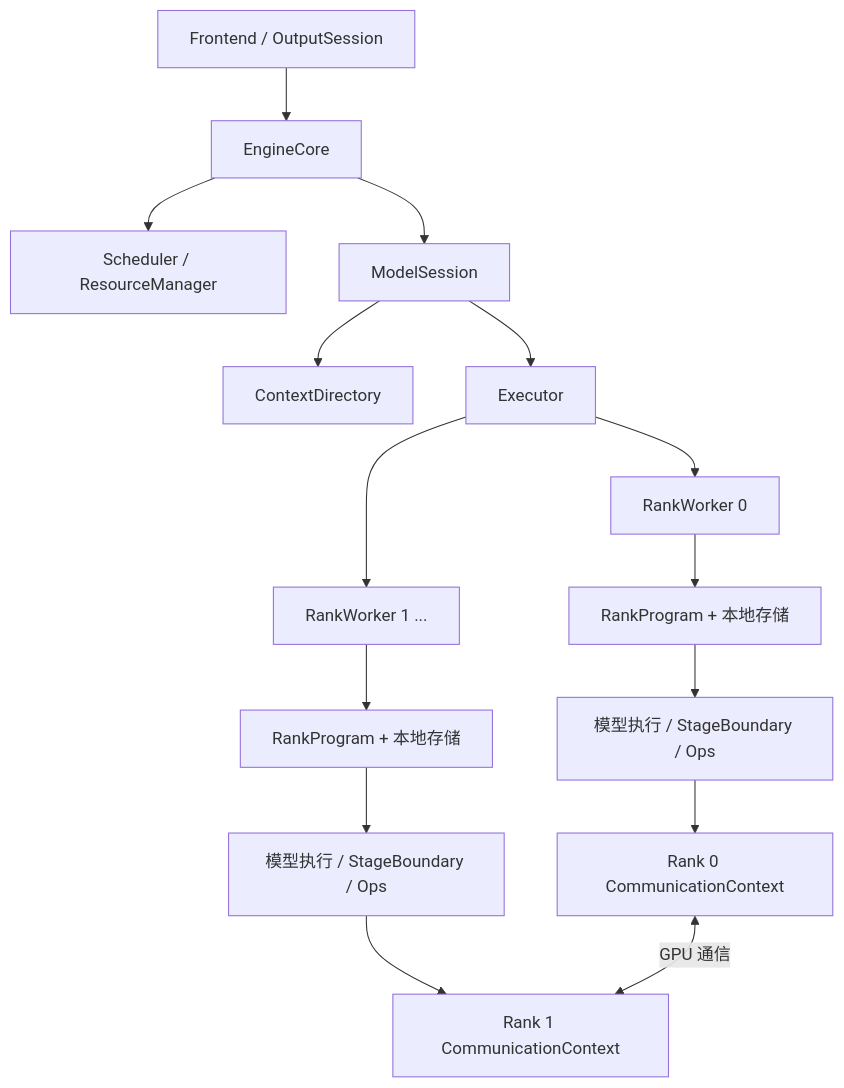
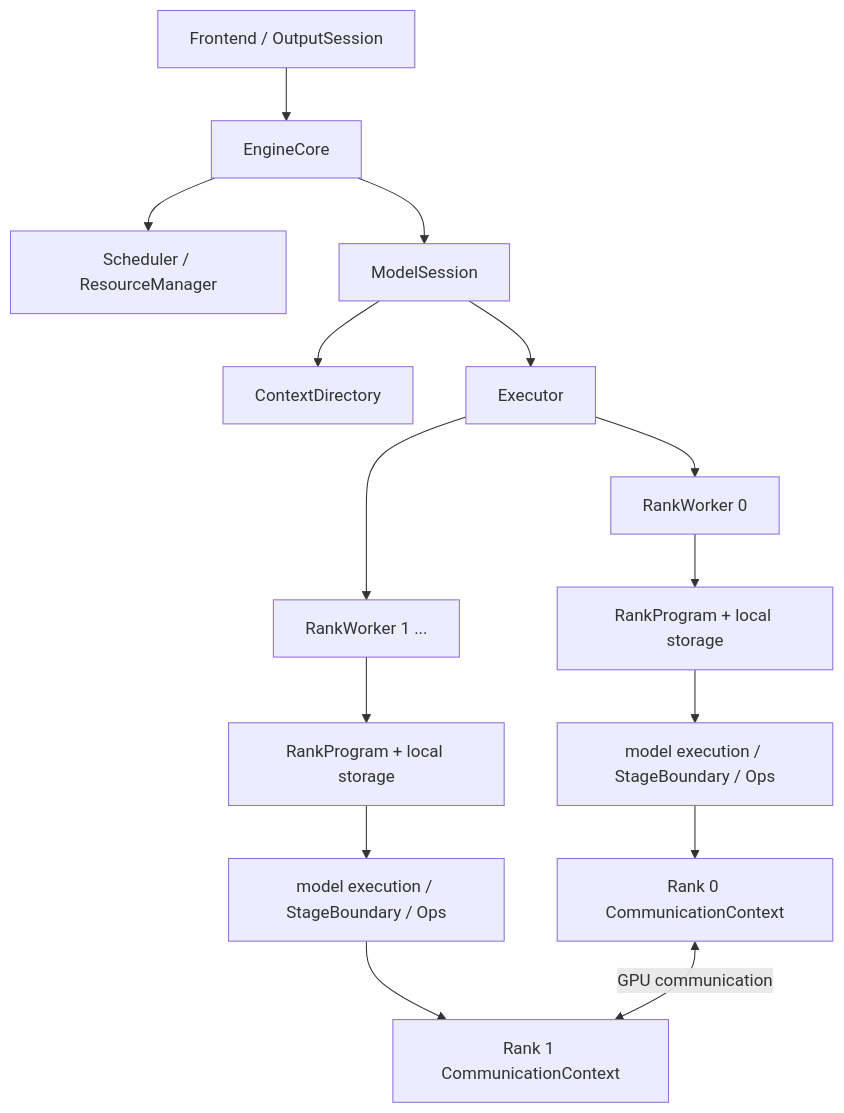
One commit to baristahaus/ninfer-gb10 changed the diagram in docs/distributed-execution-design.md. Above: the diagram before and after it, drawn with Mermaid. The commit also changed other lines of this file and 31 other files, not shown here.

````diff
--- a/docs/distributed-execution-design.md
+++ b/docs/distributed-execution-design.md
@@ -79,17 +79,17 @@
 ```mermaid
 flowchart TB
     F[Frontend / OutputSession] --> E[EngineCore]
     E --> S[Scheduler / ResourceManager]
     E --> M[ModelSession]
     M --> D[ContextDirectory]
     M --> X[Executor]
     X --> W0[RankWorker 0]
     X --> W1[RankWorker 1 ...]
-    W0 --> P0[RankProgram + 本地存储]
-    W1 --> P1[RankProgram + 本地存储]
-    P0 --> O0[模型执行 / StageBoundary / Ops]
-    P1 --> O1[模型执行 / StageBoundary / Ops]
+    W0 --> P0[RankProgram + local storage]
+    W1 --> P1[RankProgram + local storage]
+    P0 --> O0[model execution / StageBoundary / Ops]
+    P1 --> O1[model execution / StageBoundary / Ops]
     O0 --> C0[Rank 0 CommunicationContext]
     O1 --> C1[Rank 1 CommunicationContext]
-    C0 <-->|GPU 通信| C1
+    C0 <-->|GPU communication| C1
 ```
````
